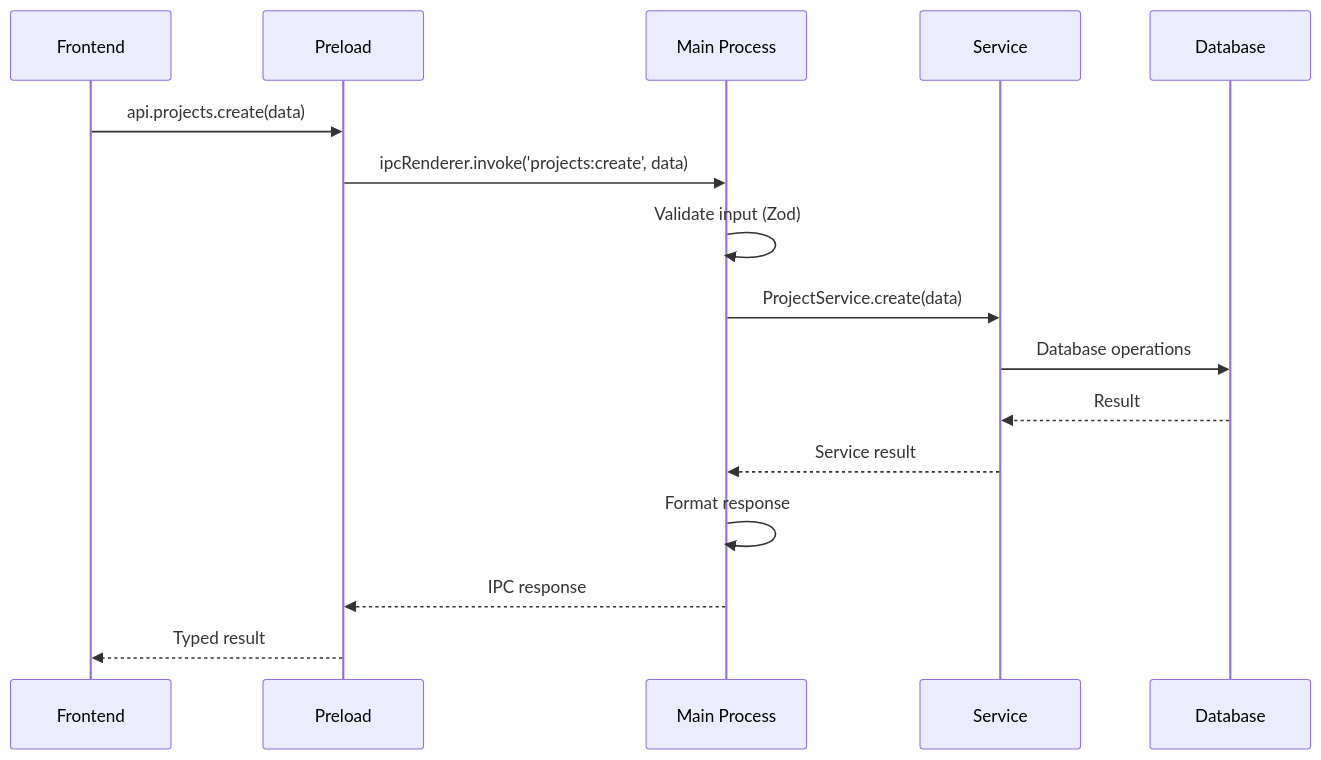
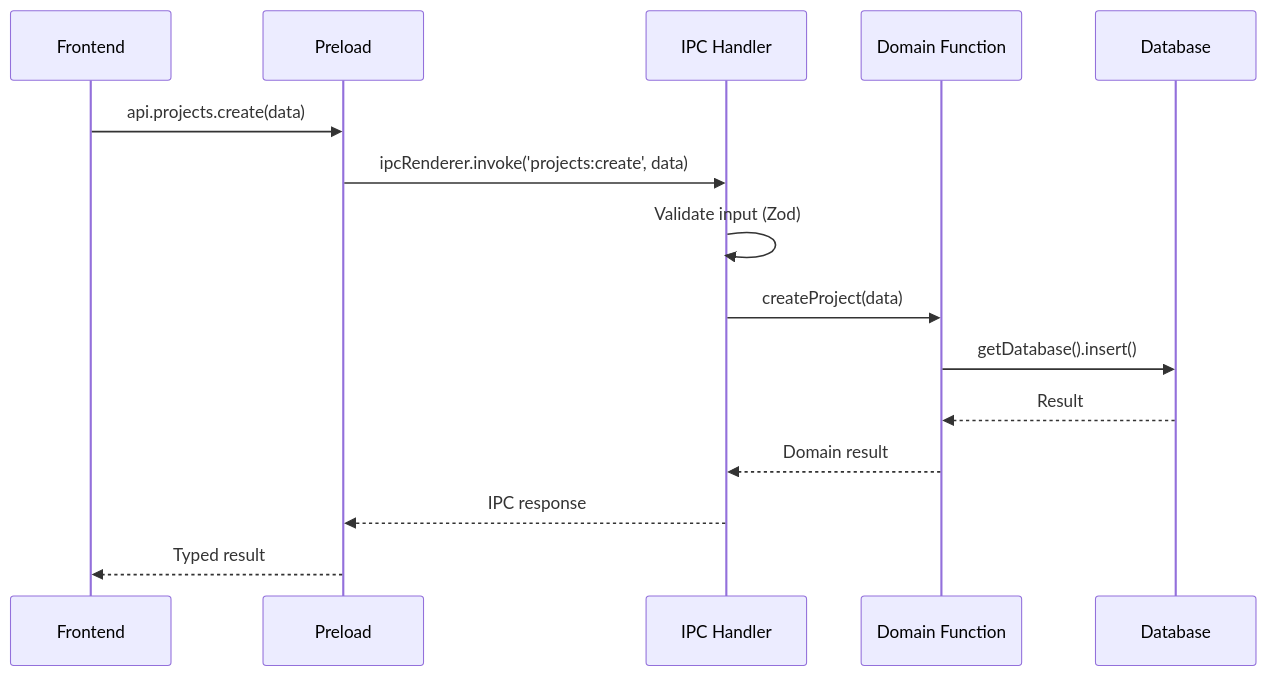
Before and after one commit to HD220/project-wiz: the diagram in docs/architecture/API-SPECIFICATION.md, drawn with Mermaid. The commit also changed other lines of this file and 6 other files, not shown here.

````diff
--- a/docs/architecture/API-SPECIFICATION.md
+++ b/docs/architecture/API-SPECIFICATION.md
@@ -26,19 +26,18 @@
 ```mermaid
 sequenceDiagram
     participant F as Frontend
     participant P as Preload
-    participant M as Main Process
-    participant S as Service
+    participant H as IPC Handler
+    participant Fn as Domain Function
     participant D as Database
 
     F->>P: api.projects.create(data)
-    P->>M: ipcRenderer.invoke('projects:create', data)
-    M->>M: Validate input (Zod)
-    M->>S: ProjectService.create(data)
-    S->>D: Database operations
-    D-->>S: Result
-    S-->>M: Service result
-    M->>M: Format response
-    M-->>P: IPC response
+    P->>H: ipcRenderer.invoke('projects:create', data)
+    H->>H: Validate input (Zod)
+    H->>Fn: createProject(data)
+    Fn->>D: getDatabase().insert()
+    D-->>Fn: Result
+    Fn-->>H: Domain result
+    H-->>P: IPC response
     P-->>F: Typed result
 ```
````
